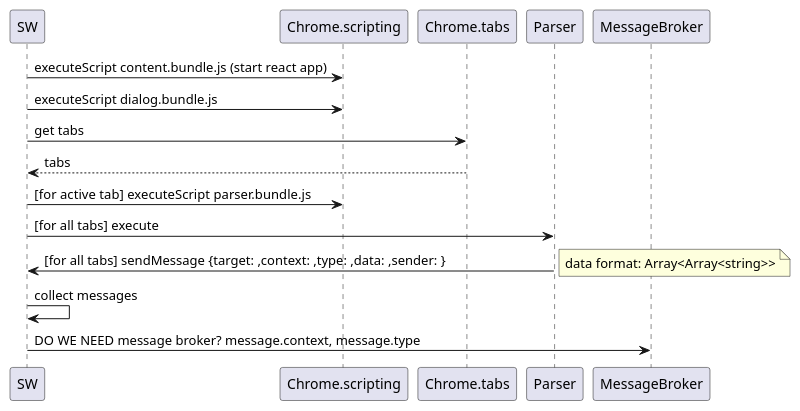
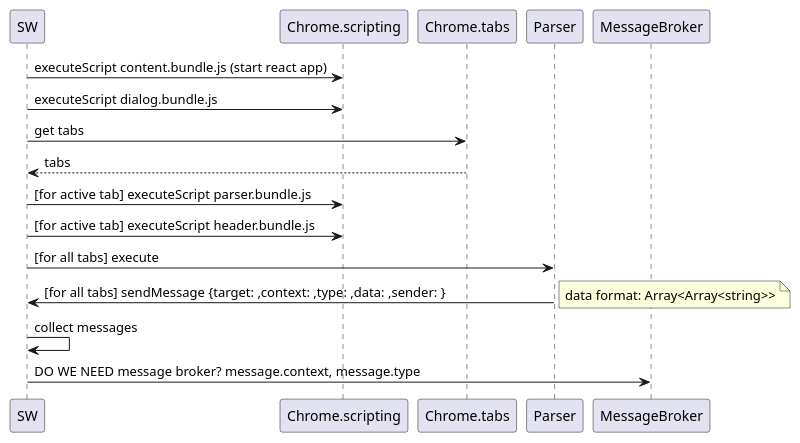
One commit to Beltchikov/npv-ext changed the diagram in interactions.plantuml. Above: the diagram before and after it, drawn with PlantUML. The commit also changed 2 other files, not shown here.

```diff
--- a/interactions.plantuml
+++ b/interactions.plantuml
@@ -1,19 +1,20 @@
 @startuml interactions
 SW -> Chrome.scripting: executeScript content.bundle.js (start react app)
 SW -> Chrome.scripting: executeScript dialog.bundle.js 
 SW -> Chrome.tabs: get tabs
 Chrome.tabs --> SW: tabs
 
 SW -> Chrome.scripting: [for active tab] executeScript parser.bundle.js
+SW -> Chrome.scripting: [for active tab] executeScript header.bundle.js
 
 SW -> Parser: [for all tabs] execute
 Parser -> SW: [for all tabs] sendMessage {target: ,context: ,type: ,data: ,sender: }
 note right
   data format: Array<Array<string>>
 end note
 
 SW -> SW: collect messages
 
 SW -> MessageBroker: DO WE NEED message broker? message.context, message.type
 
 @enduml
```
